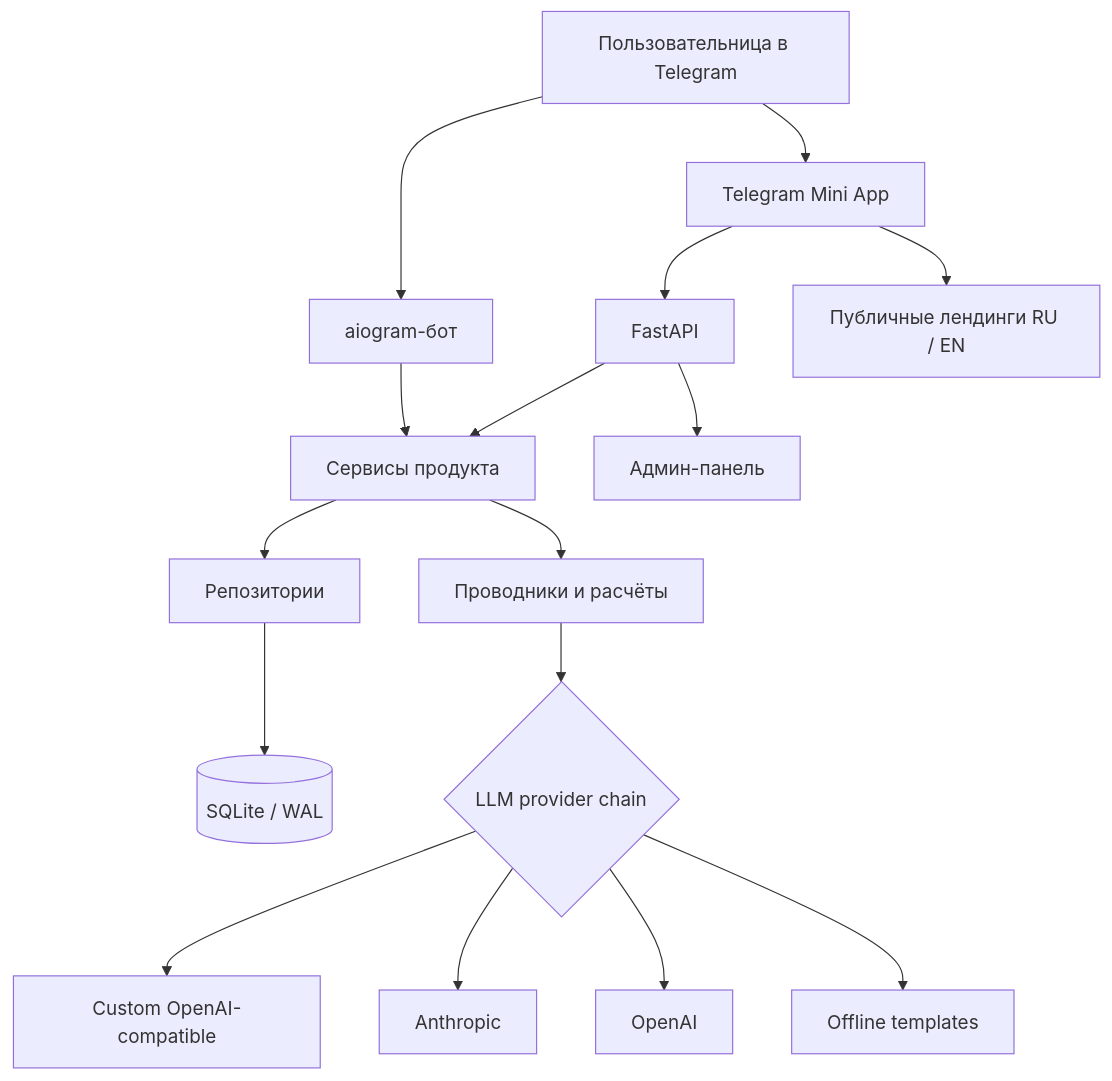
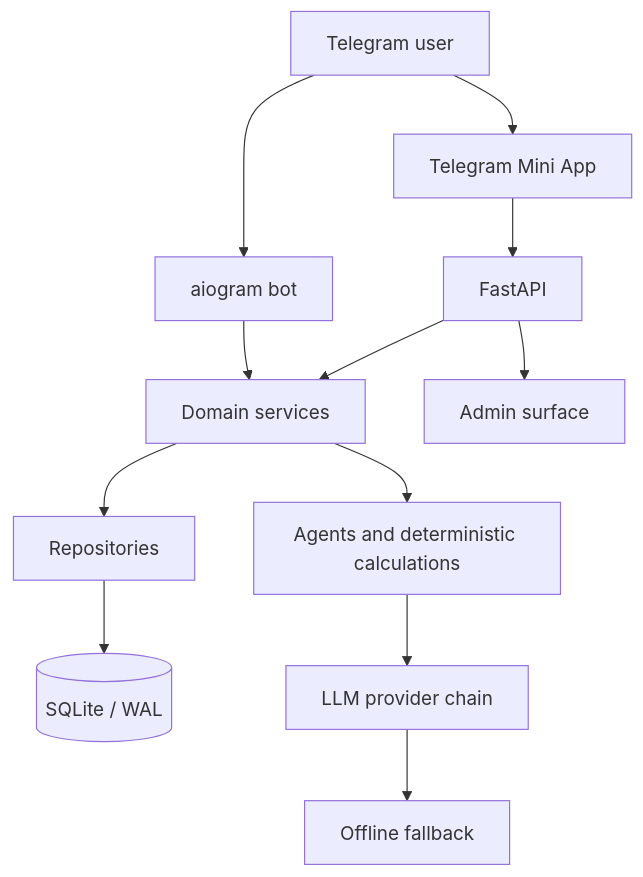
The first of 2 diagrams in docs/ARCHITECTURE.md (astartv1ai-del/oracleAI), drawn with Mermaid before and after one commit. The commit also changed other lines of this file and 328 other files, not shown here.

Commit message:
chore: clean repository and document chart product roadmap

````diff
--- a/docs/ARCHITECTURE.md
+++ b/docs/ARCHITECTURE.md
@@ -5,18 +7,14 @@
 ```mermaid
 flowchart TB
-    U[Пользовательница в Telegram] --> B[aiogram-бот]
+    U[Telegram user] --> B[aiogram bot]
     U --> W[Telegram Mini App]
     W --> F[FastAPI]
-    W --> L[Публичные лендинги RU / EN]
-    B --> S[Сервисы продукта]
+    B --> S[Domain services]
     F --> S
-    S --> A[Проводники и расчёты]
-    S --> R[Репозитории]
+    S --> A[Agents and deterministic calculations]
+    S --> R[Repositories]
     R --> D[(SQLite / WAL)]
-    A --> P{LLM provider chain}
-    P --> C[Custom OpenAI-compatible]
-    P --> AN[Anthropic]
-    P --> O[OpenAI]
-    P --> OFF[Offline templates]
-    F --> ADM[Админ-панель]
+    A --> P[LLM provider chain]
+    P --> O[Offline fallback]
+    F --> ADM[Admin surface]
 ```
````
